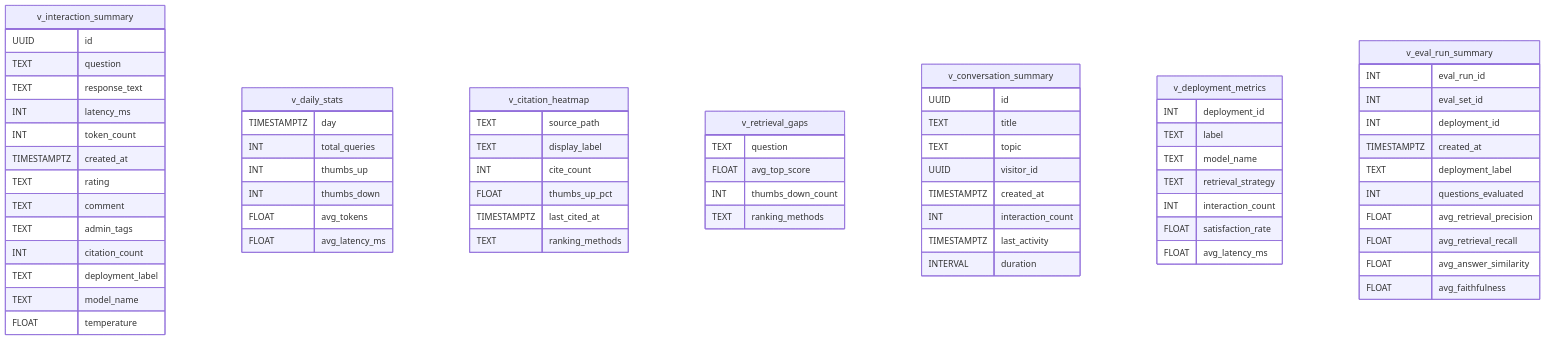
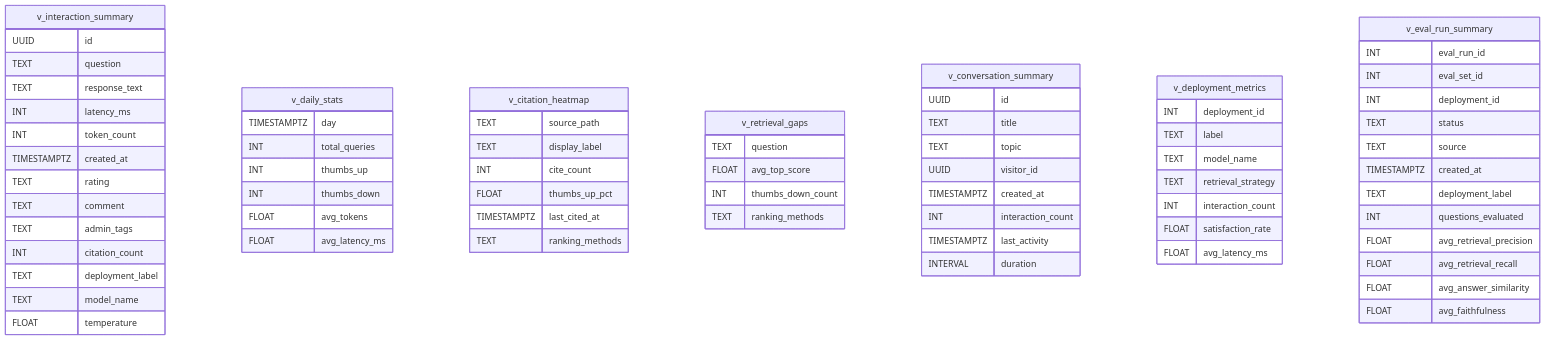
One commit to biplovbhandari/earthrise-book-assistant changed the second of 2 diagrams in system-design/db-schema.md. Above: the diagram before and after it, drawn with Mermaid. The commit also changed other lines of this file and 10 other files, not shown here.

Commit message:
Consolidate migrations and add source and status to eval runs

````diff
--- a/system-design/db-schema.md
+++ b/system-design/db-schema.md
@@ -162,73 +164,75 @@
 ```mermaid
 erDiagram
     %% --- Analytics ---
     v_interaction_summary {
         UUID id
         TEXT question
         TEXT response_text
         INT latency_ms
         INT token_count
         TIMESTAMPTZ created_at
         TEXT rating
         TEXT comment
         TEXT admin_tags
         INT citation_count
         TEXT deployment_label
         TEXT model_name
         FLOAT temperature
     }
     v_daily_stats {
         TIMESTAMPTZ day
         INT total_queries
         INT thumbs_up
         INT thumbs_down
         FLOAT avg_tokens
         FLOAT avg_latency_ms
     }
     v_citation_heatmap {
         TEXT source_path
         TEXT display_label
         INT cite_count
         FLOAT thumbs_up_pct
         TIMESTAMPTZ last_cited_at
         TEXT ranking_methods
     }
     v_retrieval_gaps {
         TEXT question
         FLOAT avg_top_score
         INT thumbs_down_count
         TEXT ranking_methods
     }
     v_conversation_summary {
         UUID id
         TEXT title
         TEXT topic
         UUID visitor_id
         TIMESTAMPTZ created_at
         INT interaction_count
         TIMESTAMPTZ last_activity
         INTERVAL duration
     }
     v_deployment_metrics {
         INT deployment_id
         TEXT label
         TEXT model_name
         TEXT retrieval_strategy
         INT interaction_count
         FLOAT satisfaction_rate
         FLOAT avg_latency_ms
     }
     %% --- Evaluation ---
     v_eval_run_summary {
         INT eval_run_id
         INT eval_set_id
         INT deployment_id
+        TEXT status
+        TEXT source
         TIMESTAMPTZ created_at
         TEXT deployment_label
         INT questions_evaluated
         FLOAT avg_retrieval_precision
         FLOAT avg_retrieval_recall
         FLOAT avg_answer_similarity
         FLOAT avg_faithfulness
     }
 ```
````
